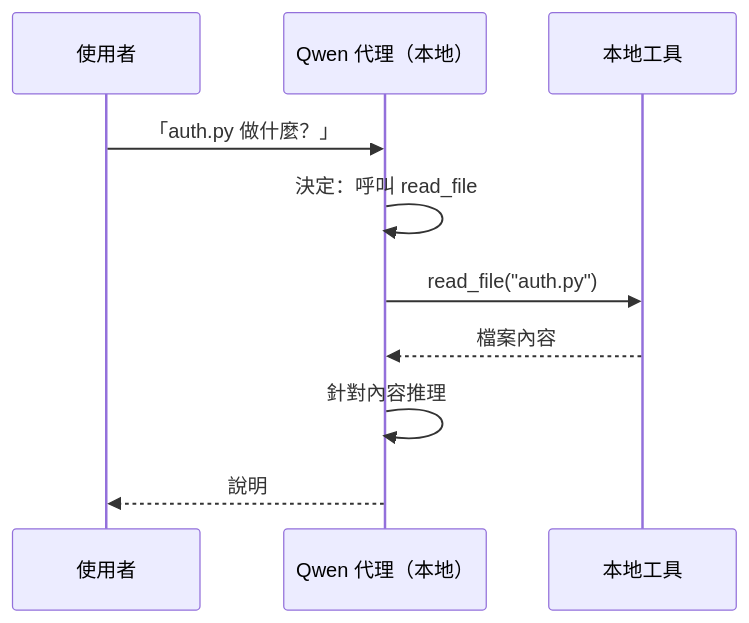
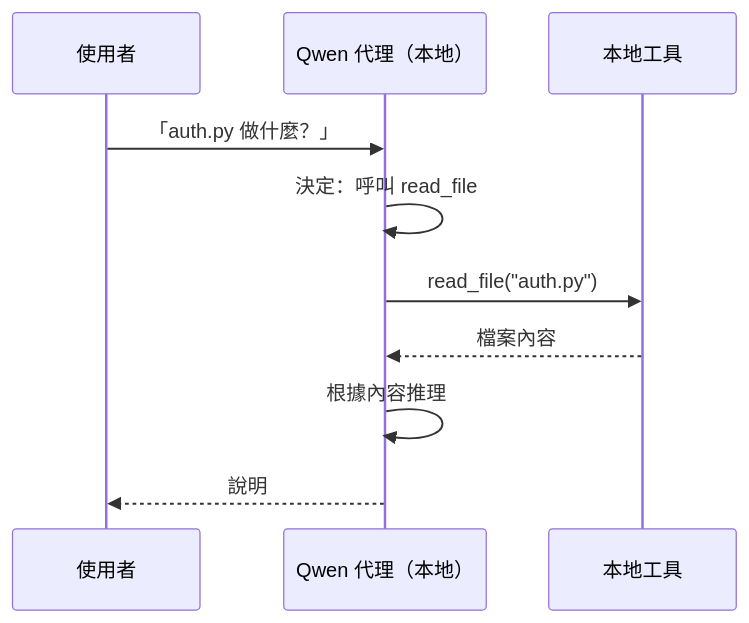
One commit to gabrielmoreira/agent-skills-mirror changed the second of 4 diagrams in mirrors/repos/microsoft@ai-agents-for-beginners/translations/zh-TW/17-creating-local-ai-agents/README.md. Above: the diagram before and after it, drawn with Mermaid. The commit also changed other lines of this file and 4262 other files, not shown here.

````diff
--- a/mirrors/repos/microsoft@ai-agents-for-beginners/translations/zh-TW/17-creating-local-ai-agents/README.md
+++ b/mirrors/repos/microsoft@ai-agents-for-beginners/translations/zh-TW/17-creating-local-ai-agents/README.md
@@ -106,12 +106,12 @@
 ```mermaid
 sequenceDiagram
     participant U as 使用者
     participant A as Qwen 代理（本地）
     participant T as 本地工具
     U->>A: 「auth.py 做什麼？」
     A->>A: 決定：呼叫 read_file
     A->>T: read_file("auth.py")
     T-->>A: 檔案內容
-    A->>A: 針對內容推理
+    A->>A: 根據內容推理
     A-->>U: 說明
 ```
````
